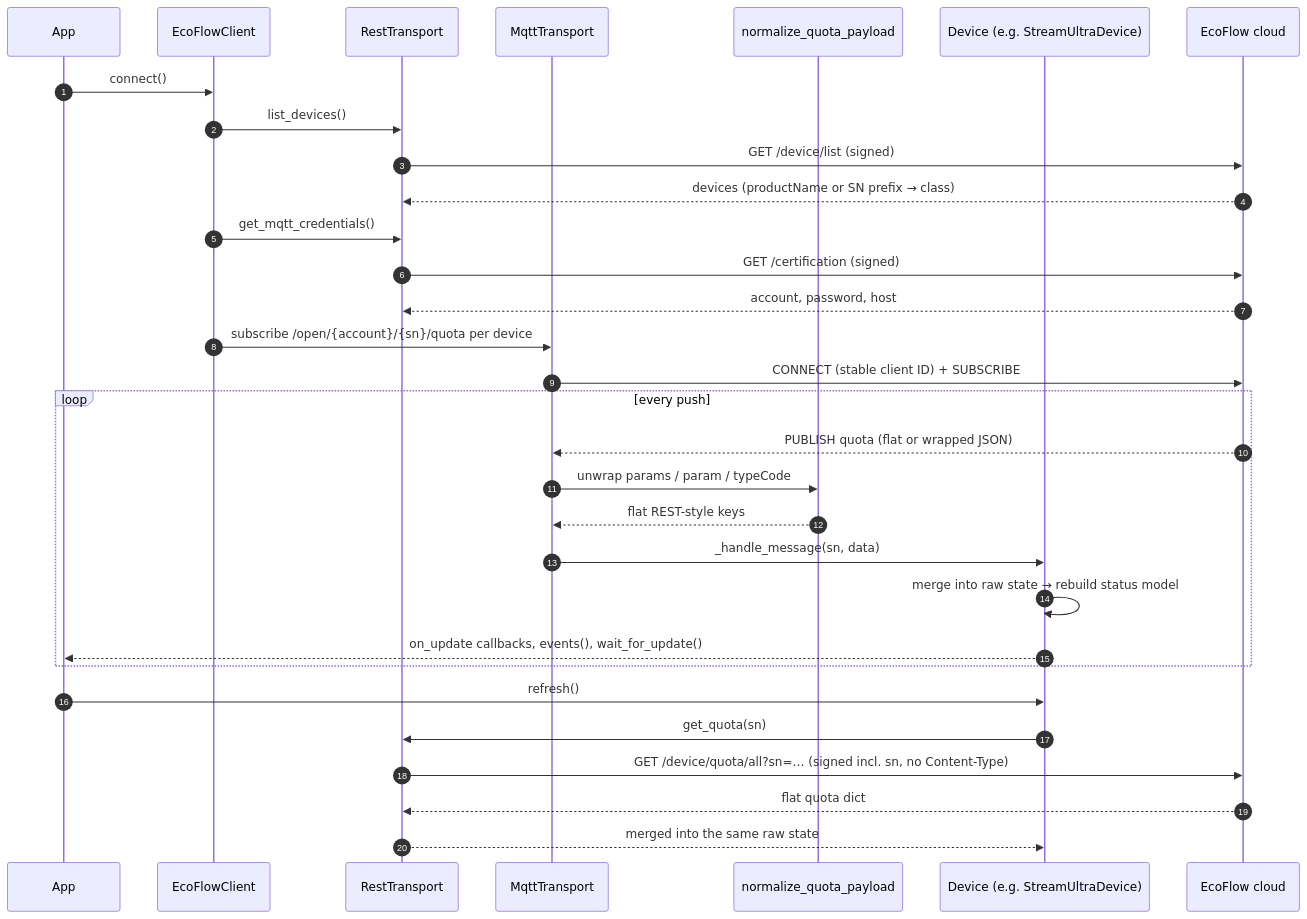
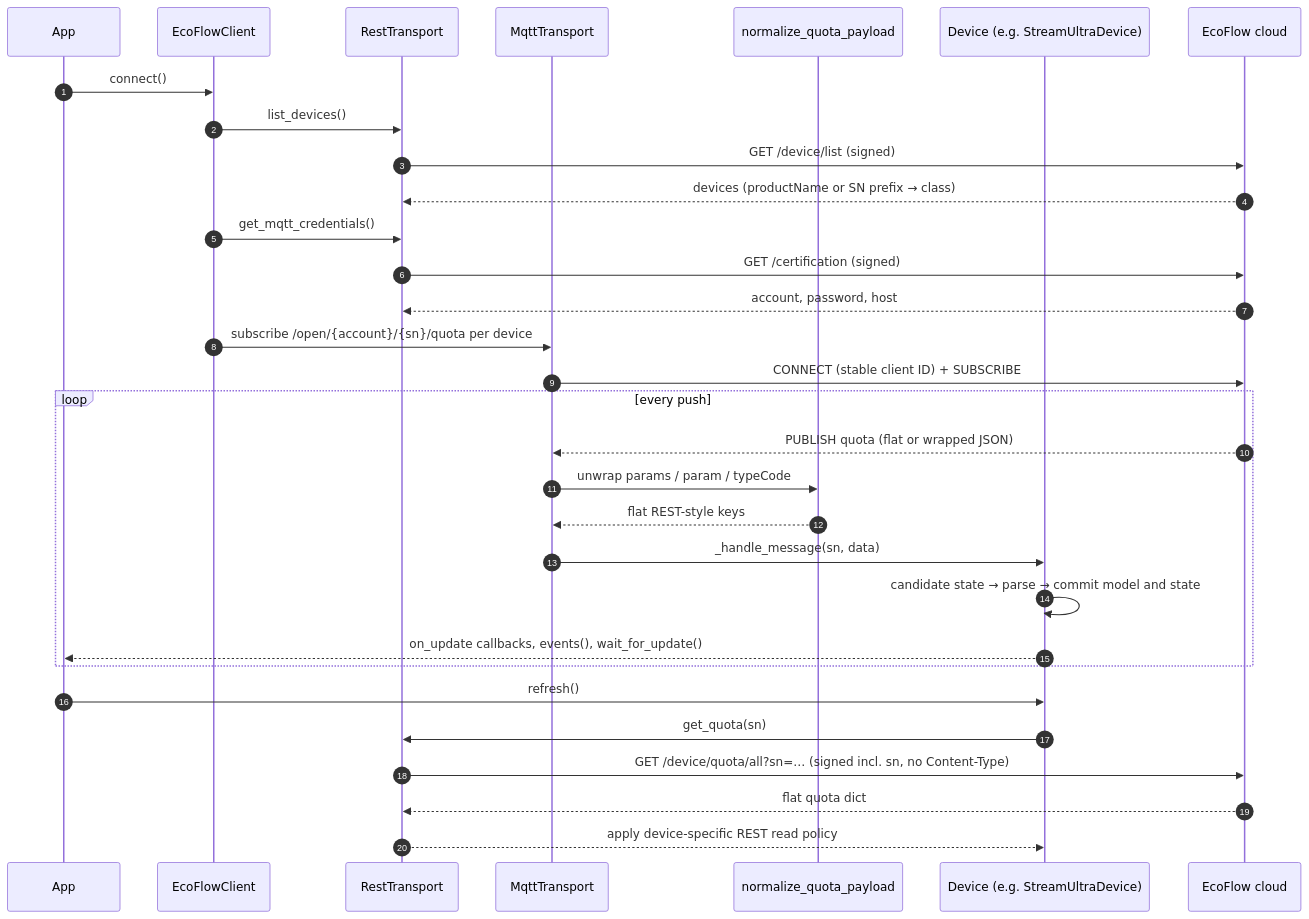
The third of 6 diagrams in python/docs/architecture.md (colombod/ecoflow-sdk), drawn with Mermaid before and after one commit. The commit also changed other lines of this file and 16 other files, not shown here.

````diff
--- a/python/docs/architecture.md
+++ b/python/docs/architecture.md
@@ -114,36 +127,36 @@
 ```mermaid
 sequenceDiagram
     autonumber
     participant App
     participant C as EcoFlowClient
     participant R as RestTransport
     participant M as MqttTransport
     participant N as normalize_quota_payload
     participant D as Device (e.g. StreamUltraDevice)
     participant E as EcoFlow cloud
 
     App->>C: connect()
     C->>R: list_devices()
     R->>E: GET /device/list (signed)
     E-->>R: devices (productName or SN prefix → class)
     C->>R: get_mqtt_credentials()
     R->>E: GET /certification (signed)
     E-->>R: account, password, host
     C->>M: subscribe /open/{account}/{sn}/quota per device
     M->>E: CONNECT (stable client ID) + SUBSCRIBE
 
     loop every push
         E-->>M: PUBLISH quota (flat or wrapped JSON)
         M->>N: unwrap params / param / typeCode
         N-->>M: flat REST-style keys
         M->>D: _handle_message(sn, data)
-        D->>D: merge into raw state → rebuild status model
+        D->>D: candidate state → parse → commit model and state
         D-->>App: on_update callbacks, events(), wait_for_update()
     end
 
     App->>D: refresh()
     D->>R: get_quota(sn)
     R->>E: GET /device/quota/all?sn=… (signed incl. sn, no Content-Type)
     E-->>R: flat quota dict
-    R-->>D: merged into the same raw state
+    R-->>D: apply device-specific REST read policy
 ```
````
